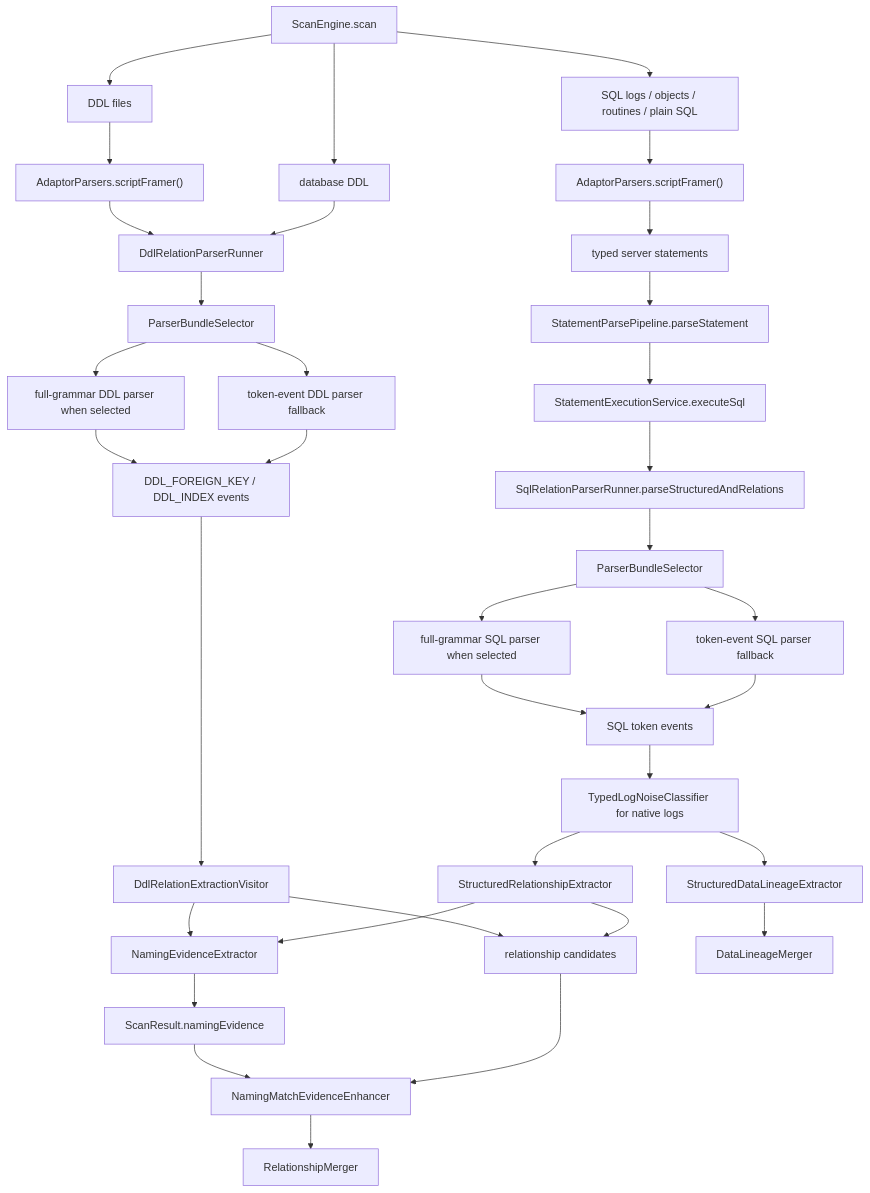
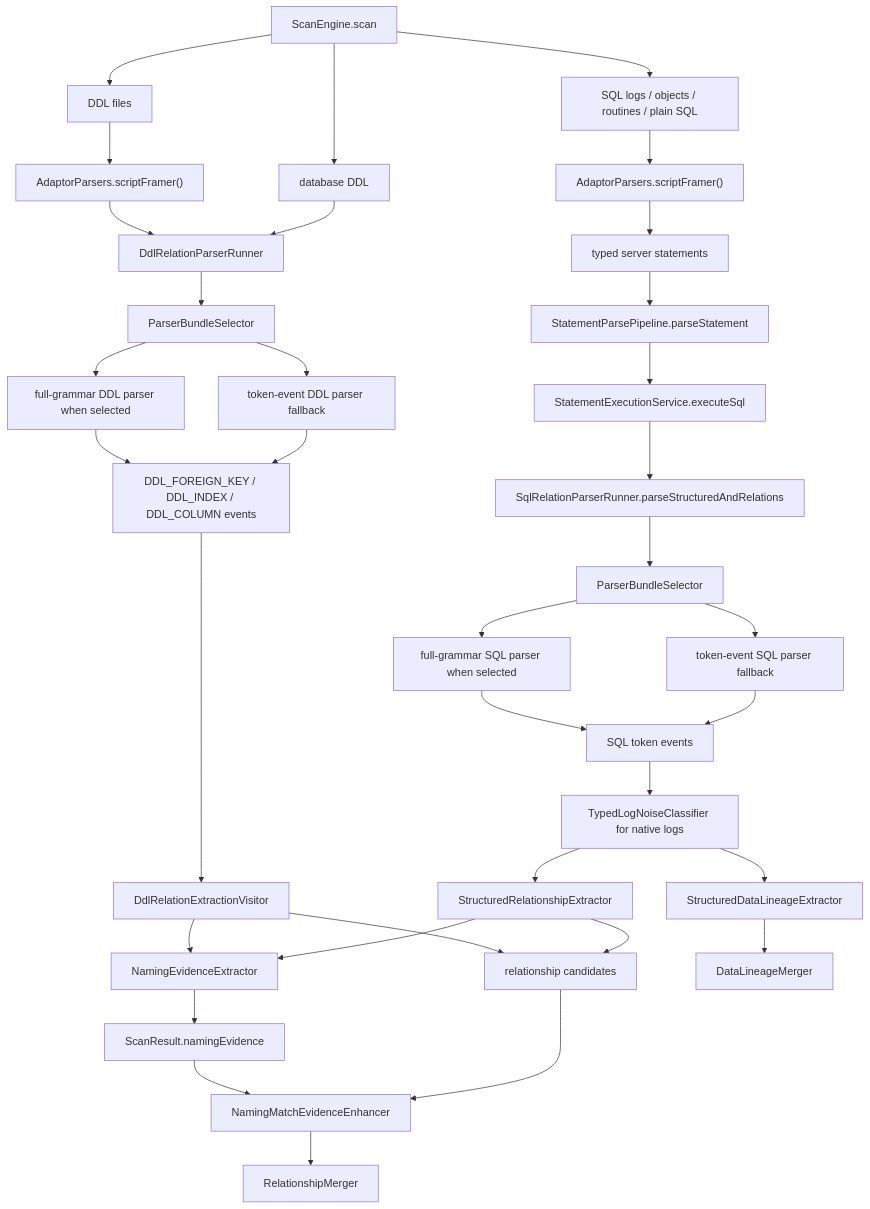
The first of 7 diagrams in docs/design/relation-detector/phase-06-parser-enhancement.md (xiaoguang/relation-detector), drawn with Mermaid before and after one commit. The commit also changed other lines of this file and 17 other files, not shown here.

````diff
--- a/docs/design/relation-detector/phase-06-parser-enhancement.md
+++ b/docs/design/relation-detector/phase-06-parser-enhancement.md
@@ -304,40 +305,40 @@
 ```mermaid
 flowchart TD
   scan["ScanEngine.scan"]
 
   scan --> ddlFiles["DDL files"]
   ddlFiles --> ddlScripts["AdaptorParsers.scriptFramer()"]
   ddlScripts --> ddlRunner["DdlRelationParserRunner"]
   scan --> databaseDdl["database DDL"]
   databaseDdl --> ddlRunner
   ddlRunner --> ddlBundle["ParserBundleSelector"]
   ddlBundle --> ddlFull["full-grammar DDL parser when selected"]
   ddlBundle --> ddlToken["token-event DDL parser fallback"]
-  ddlFull --> ddlEvents["DDL_FOREIGN_KEY / DDL_INDEX events"]
+  ddlFull --> ddlEvents["DDL_FOREIGN_KEY / DDL_INDEX / DDL_COLUMN events"]
   ddlToken --> ddlEvents
   ddlEvents --> ddlRel["DdlRelationExtractionVisitor"]
   ddlRel --> namingExtract["NamingEvidenceExtractor"]
   ddlRel --> relCandidates["relationship candidates"]
 
   scan --> scriptInput["SQL logs / objects / routines / plain SQL"]
   scriptInput --> scriptParser["AdaptorParsers.scriptFramer()"]
   scriptParser --> sqlInput["typed server statements"]
   sqlInput --> stmtPipeline["StatementParsePipeline.parseStatement"]
   stmtPipeline --> execution["StatementExecutionService.executeSql"]
   execution --> sqlRunner["SqlRelationParserRunner.parseStructuredAndRelations"]
   sqlRunner --> sqlBundle["ParserBundleSelector"]
   sqlBundle --> sqlFull["full-grammar SQL parser when selected"]
   sqlBundle --> sqlToken["token-event SQL parser fallback"]
   sqlFull --> sqlEvents["SQL token events"]
   sqlToken --> sqlEvents
   sqlEvents --> noise["TypedLogNoiseClassifier for native logs"]
   noise --> lineage["StructuredDataLineageExtractor"]
   lineage --> lineageMerge["DataLineageMerger"]
   noise --> sqlRel["StructuredRelationshipExtractor"]
   sqlRel --> namingExtract
   sqlRel --> relCandidates
   namingExtract --> namingPool["ScanResult.namingEvidence"]
   namingPool --> namingEnhancer["NamingMatchEvidenceEnhancer"]
   relCandidates --> namingEnhancer
   namingEnhancer --> relMerge["RelationshipMerger"]
 ```
````
